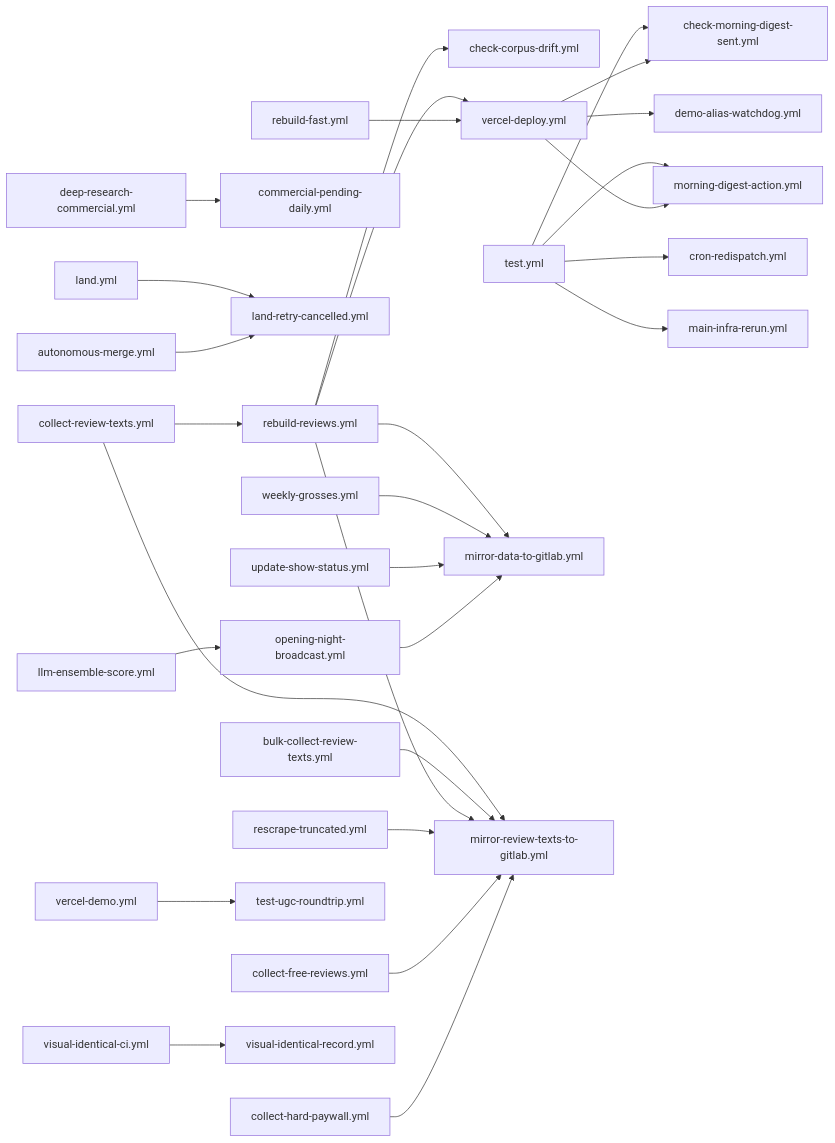
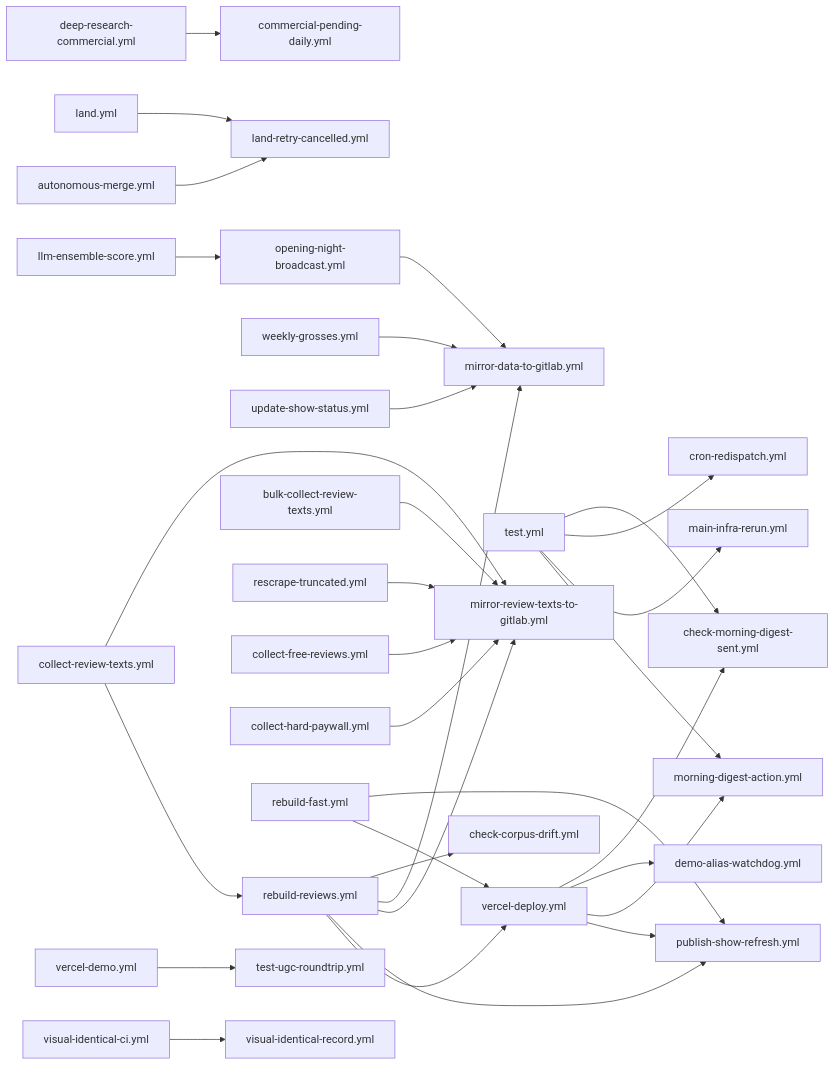
Before and after one commit to thomaspryor/Broadwayscore: the diagram in .github/workflows/DEPENDENCIES.md, drawn with Mermaid. The commit also changed other lines of this file and 3 other files, not shown here.

````diff
--- a/.github/workflows/DEPENDENCIES.md
+++ b/.github/workflows/DEPENDENCIES.md
@@ -21,30 +21,33 @@
 ```mermaid
 graph LR
   rebuild_reviews["rebuild-reviews.yml"] --> check_corpus_drift["check-corpus-drift.yml"]
   test["test.yml"] --> check_morning_digest_sent["check-morning-digest-sent.yml"]
   vercel_deploy["vercel-deploy.yml"] --> check_morning_digest_sent["check-morning-digest-sent.yml"]
   deep_research_commercial["deep-research-commercial.yml"] --> commercial_pending_daily["commercial-pending-daily.yml"]
   test["test.yml"] --> cron_redispatch["cron-redispatch.yml"]
   vercel_deploy["vercel-deploy.yml"] --> demo_alias_watchdog["demo-alias-watchdog.yml"]
   land["land.yml"] --> land_retry_cancelled["land-retry-cancelled.yml"]
   autonomous_merge["autonomous-merge.yml"] --> land_retry_cancelled["land-retry-cancelled.yml"]
   test["test.yml"] --> main_infra_rerun["main-infra-rerun.yml"]
   rebuild_reviews["rebuild-reviews.yml"] --> mirror_data_to_gitlab["mirror-data-to-gitlab.yml"]
   weekly_grosses["weekly-grosses.yml"] --> mirror_data_to_gitlab["mirror-data-to-gitlab.yml"]
   update_show_status["update-show-status.yml"] --> mirror_data_to_gitlab["mirror-data-to-gitlab.yml"]
   opening_night_broadcast["opening-night-broadcast.yml"] --> mirror_data_to_gitlab["mirror-data-to-gitlab.yml"]
   collect_review_texts["collect-review-texts.yml"] --> mirror_review_texts_to_gitlab["mirror-review-texts-to-gitlab.yml"]
   bulk_collect_review_texts["bulk-collect-review-texts.yml"] --> mirror_review_texts_to_gitlab["mirror-review-texts-to-gitlab.yml"]
   rebuild_reviews["rebuild-reviews.yml"] --> mirror_review_texts_to_gitlab["mirror-review-texts-to-gitlab.yml"]
   rescrape_truncated["rescrape-truncated.yml"] --> mirror_review_texts_to_gitlab["mirror-review-texts-to-gitlab.yml"]
   collect_free_reviews["collect-free-reviews.yml"] --> mirror_review_texts_to_gitlab["mirror-review-texts-to-gitlab.yml"]
   collect_hard_paywall["collect-hard-paywall.yml"] --> mirror_review_texts_to_gitlab["mirror-review-texts-to-gitlab.yml"]
   test["test.yml"] --> morning_digest_action["morning-digest-action.yml"]
   vercel_deploy["vercel-deploy.yml"] --> morning_digest_action["morning-digest-action.yml"]
   llm_ensemble_score["llm-ensemble-score.yml"] --> opening_night_broadcast["opening-night-broadcast.yml"]
+  rebuild_fast["rebuild-fast.yml"] --> publish_show_refresh["publish-show-refresh.yml"]
+  rebuild_reviews["rebuild-reviews.yml"] --> publish_show_refresh["publish-show-refresh.yml"]
+  vercel_deploy["vercel-deploy.yml"] --> publish_show_refresh["publish-show-refresh.yml"]
   collect_review_texts["collect-review-texts.yml"] --> rebuild_reviews["rebuild-reviews.yml"]
   vercel_demo["vercel-demo.yml"] --> test_ugc_roundtrip["test-ugc-roundtrip.yml"]
   rebuild_reviews["rebuild-reviews.yml"] --> vercel_deploy["vercel-deploy.yml"]
   rebuild_fast["rebuild-fast.yml"] --> vercel_deploy["vercel-deploy.yml"]
   visual_identical_ci["visual-identical-ci.yml"] --> visual_identical_record["visual-identical-record.yml"]
 ```
````
